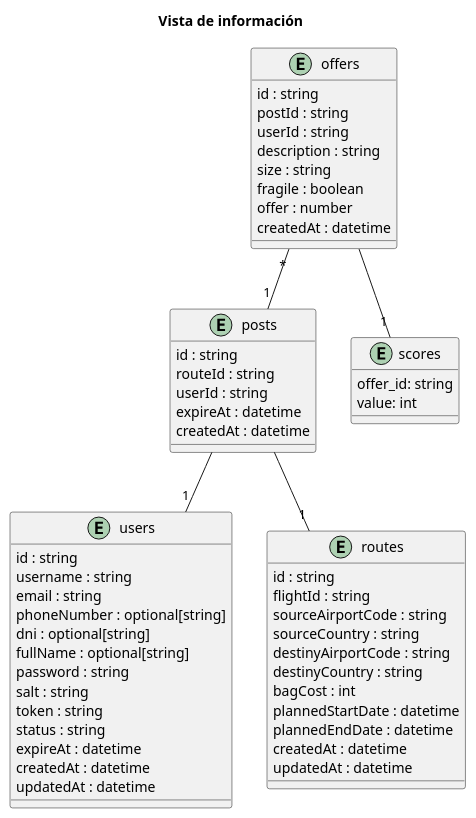
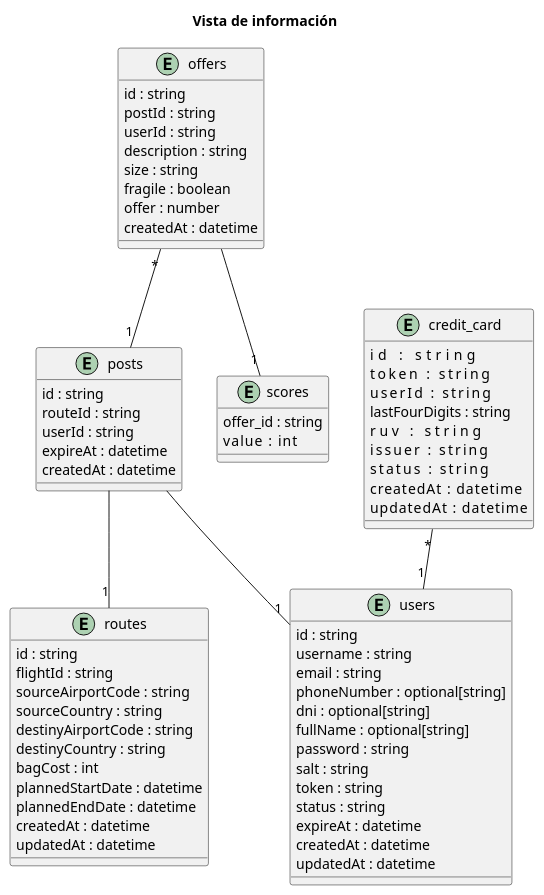
The diagram in docs/diagrams/entities.puml (ddi4z/Cloud-native-application-development-Course), drawn with PlantUML before and after one commit.

```diff
--- a/docs/diagrams/entities.puml
+++ b/docs/diagrams/entities.puml
@@ -1,64 +1,80 @@
 @startuml
 title Vista de información
 
 entity "users" as users {
   id : string
   username : string
   email : string
   phoneNumber : optional[string]
   dni : optional[string]
   fullName : optional[string]
   password : string
   salt : string
   token : string
   status : string
   expireAt : datetime
   createdAt : datetime
   updatedAt : datetime
 }
 
 entity "routes" as routes {
   id : string
   flightId : string
   sourceAirportCode : string
   sourceCountry : string
   destinyAirportCode : string
   destinyCountry : string
   bagCost : int
   plannedStartDate : datetime
   plannedEndDate : datetime
   createdAt : datetime
   updatedAt : datetime
 }
 
 entity "posts" as posts {
   id : string
   routeId : string
   userId : string
   expireAt : datetime
   createdAt : datetime
 }
 
 entity "offers" as offers {
   id : string
   postId : string
   userId : string
   description : string
   size : string
   fragile : boolean
   offer : number
   createdAt : datetime
 }
 
 entity "scores" as scores {
-  offer_id: string
-  value: int
+  offer_id : string
+  value    : int
 }
 
 
-posts -- "1" users
-posts -- "1" routes
+entity "credit_card" as credit_card {
+  id             : string         
+  token          : string         
+  userId         : string         
+  lastFourDigits : string         
+  ruv            : string         
+  issuer         : string         
+  status         : string         
+  createdAt      : datetime
+  updatedAt      : datetime
+}
+
+' ---------------- Relationships ----------------
+posts  -- "1" users
+posts  -- "1" routes
 offers "*" -- "1" posts
 offers -- "1" scores
 
+' A user can have many credit cards (by userId)
+credit_card "*" -- "1" users
+
 @enduml
```
